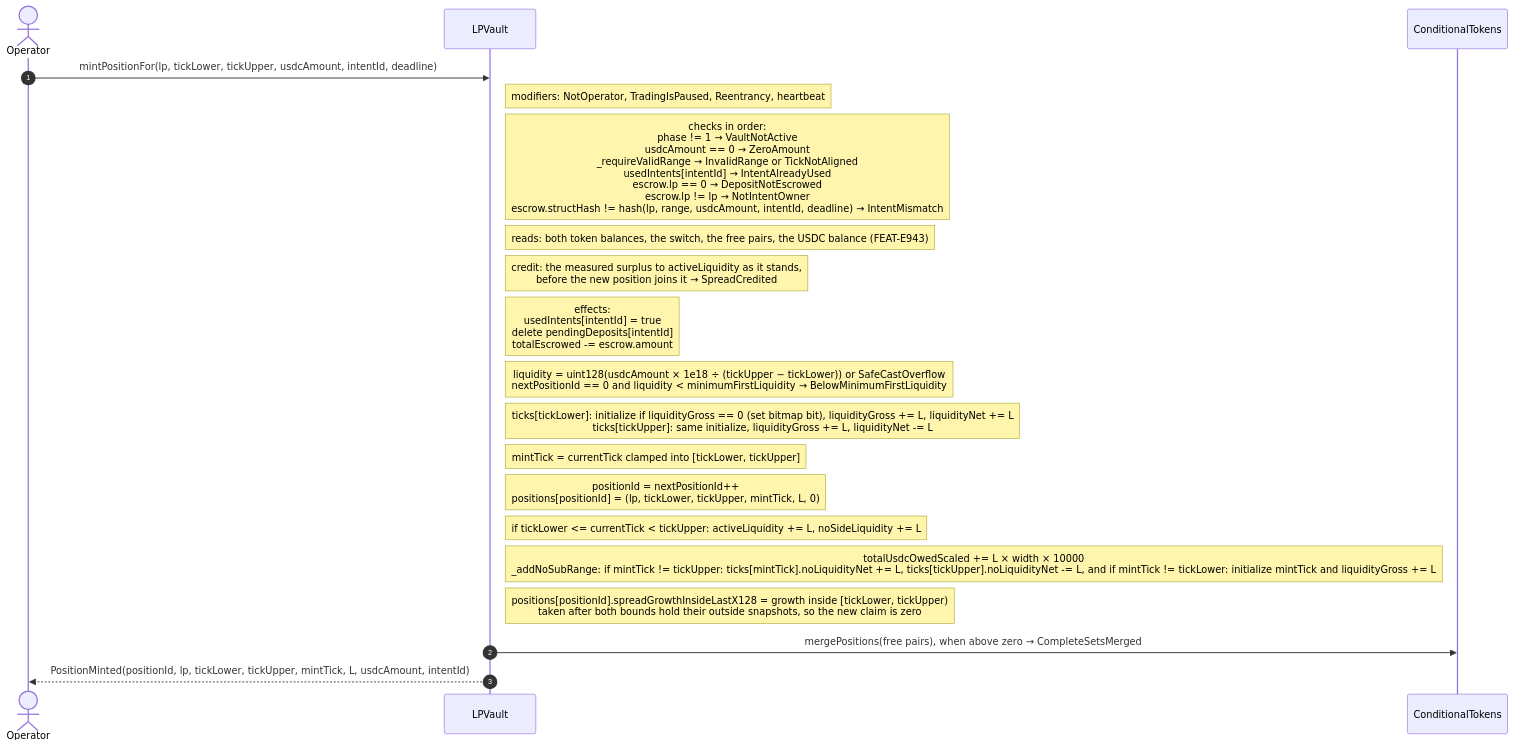
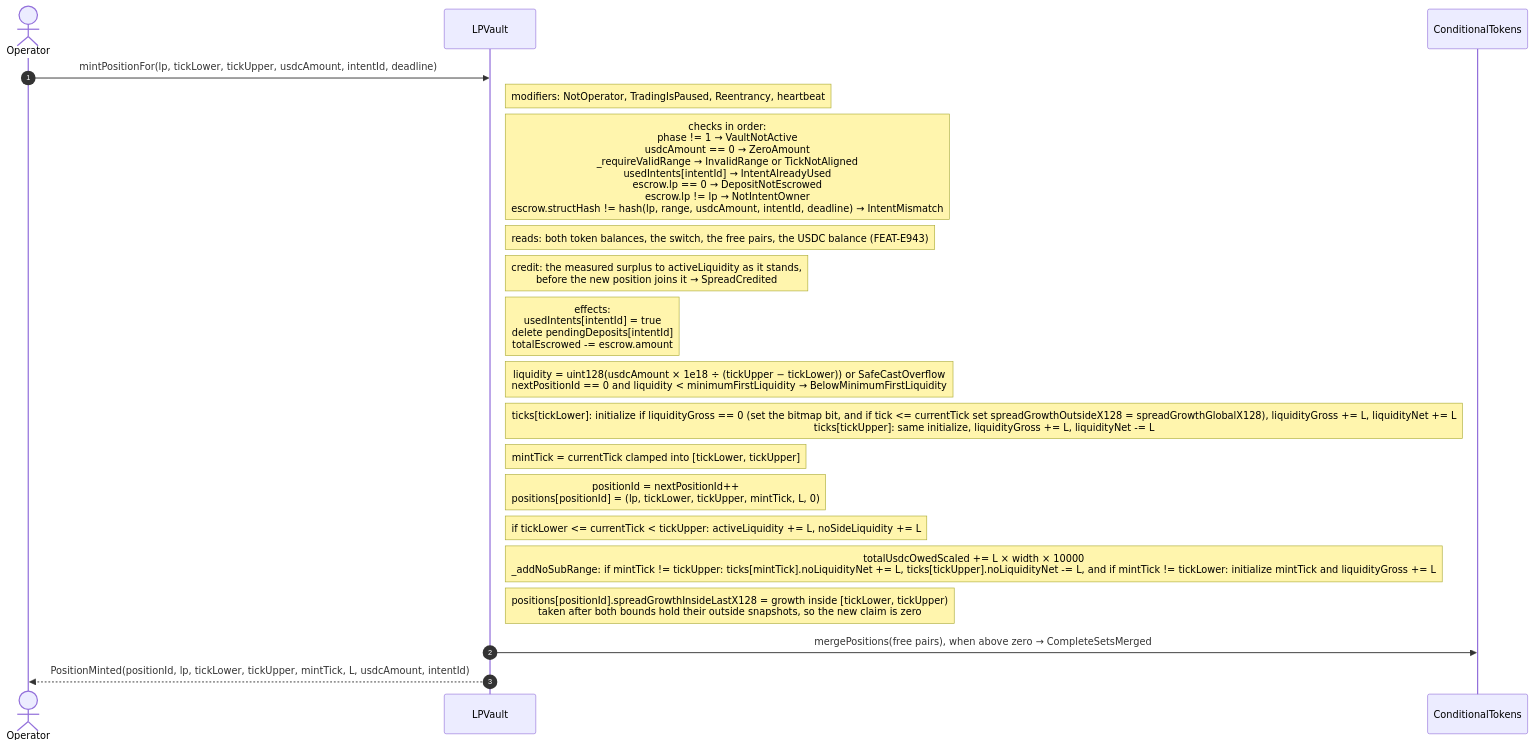
Before and after one commit to ProphetMarket/lp-vaults: the ninth of 22 diagrams in specs/FLOWS.md, drawn with Mermaid. The commit also changed other lines of this file and 1 other file, not shown here.

First line of the commit message:
chore (vault): Correct the flows to the code

````diff
--- a/specs/FLOWS.md
+++ b/specs/FLOWS.md
@@ -258,23 +258,23 @@
 ```mermaid
 sequenceDiagram
     autonumber
     actor Operator
     participant Vault as LPVault
     participant CTF as ConditionalTokens
 
     Operator->>Vault: mintPositionFor(lp, tickLower, tickUpper, usdcAmount, intentId, deadline)
     Note right of Vault: modifiers: NotOperator, TradingIsPaused, Reentrancy, heartbeat
     Note right of Vault: checks in order:<br/>phase != 1 → VaultNotActive<br/>usdcAmount == 0 → ZeroAmount<br/>_requireValidRange → InvalidRange or TickNotAligned<br/>usedIntents[intentId] → IntentAlreadyUsed<br/>escrow.lp == 0 → DepositNotEscrowed<br/>escrow.lp != lp → NotIntentOwner<br/>escrow.structHash != hash(lp, range, usdcAmount, intentId, deadline) → IntentMismatch
     Note right of Vault: reads: both token balances, the switch, the free pairs, the USDC balance (FEAT-E943)
     Note right of Vault: credit: the measured surplus to activeLiquidity as it stands,<br/>before the new position joins it → SpreadCredited
     Note right of Vault: effects:<br/>usedIntents[intentId] = true<br/>delete pendingDeposits[intentId]<br/>totalEscrowed -= escrow.amount
     Note right of Vault: liquidity = uint128(usdcAmount × 1e18 ÷ (tickUpper − tickLower)) or SafeCastOverflow<br/>nextPositionId == 0 and liquidity < minimumFirstLiquidity → BelowMinimumFirstLiquidity
-    Note right of Vault: ticks[tickLower]: initialize if liquidityGross == 0 (set bitmap bit), liquidityGross += L, liquidityNet += L<br/>ticks[tickUpper]: same initialize, liquidityGross += L, liquidityNet -= L
+    Note right of Vault: ticks[tickLower]: initialize if liquidityGross == 0 (set the bitmap bit, and if tick <= currentTick set spreadGrowthOutsideX128 = spreadGrowthGlobalX128), liquidityGross += L, liquidityNet += L<br/>ticks[tickUpper]: same initialize, liquidityGross += L, liquidityNet -= L
     Note right of Vault: mintTick = currentTick clamped into [tickLower, tickUpper]
     Note right of Vault: positionId = nextPositionId++<br/>positions[positionId] = (lp, tickLower, tickUpper, mintTick, L, 0)
     Note right of Vault: if tickLower <= currentTick < tickUpper: activeLiquidity += L, noSideLiquidity += L
     Note right of Vault: totalUsdcOwedScaled += L × width × 10000<br/>_addNoSubRange: if mintTick != tickUpper: ticks[mintTick].noLiquidityNet += L, ticks[tickUpper].noLiquidityNet -= L, and if mintTick != tickLower: initialize mintTick and liquidityGross += L
     Note right of Vault: positions[positionId].spreadGrowthInsideLastX128 = growth inside [tickLower, tickUpper)<br/>taken after both bounds hold their outside snapshots, so the new claim is zero
     Vault->>CTF: mergePositions(free pairs), when above zero → CompleteSetsMerged
     Vault-->>Operator: PositionMinted(positionId, lp, tickLower, tickUpper, mintTick, L, usdcAmount, intentId)
 ```
````
